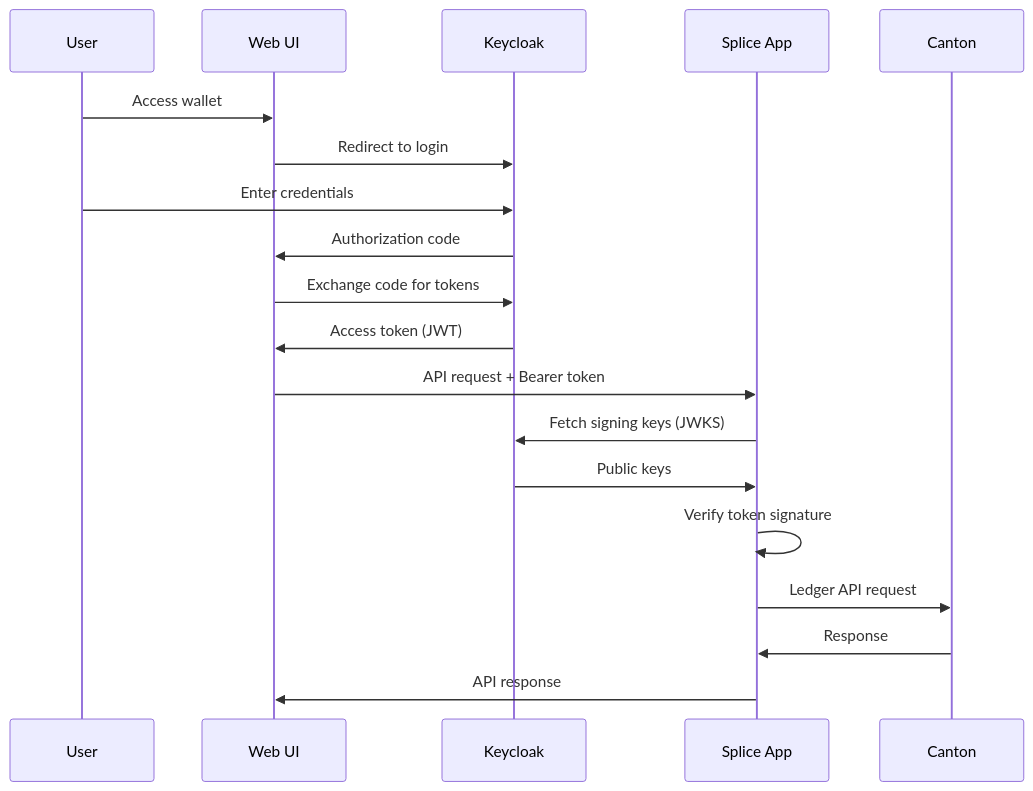
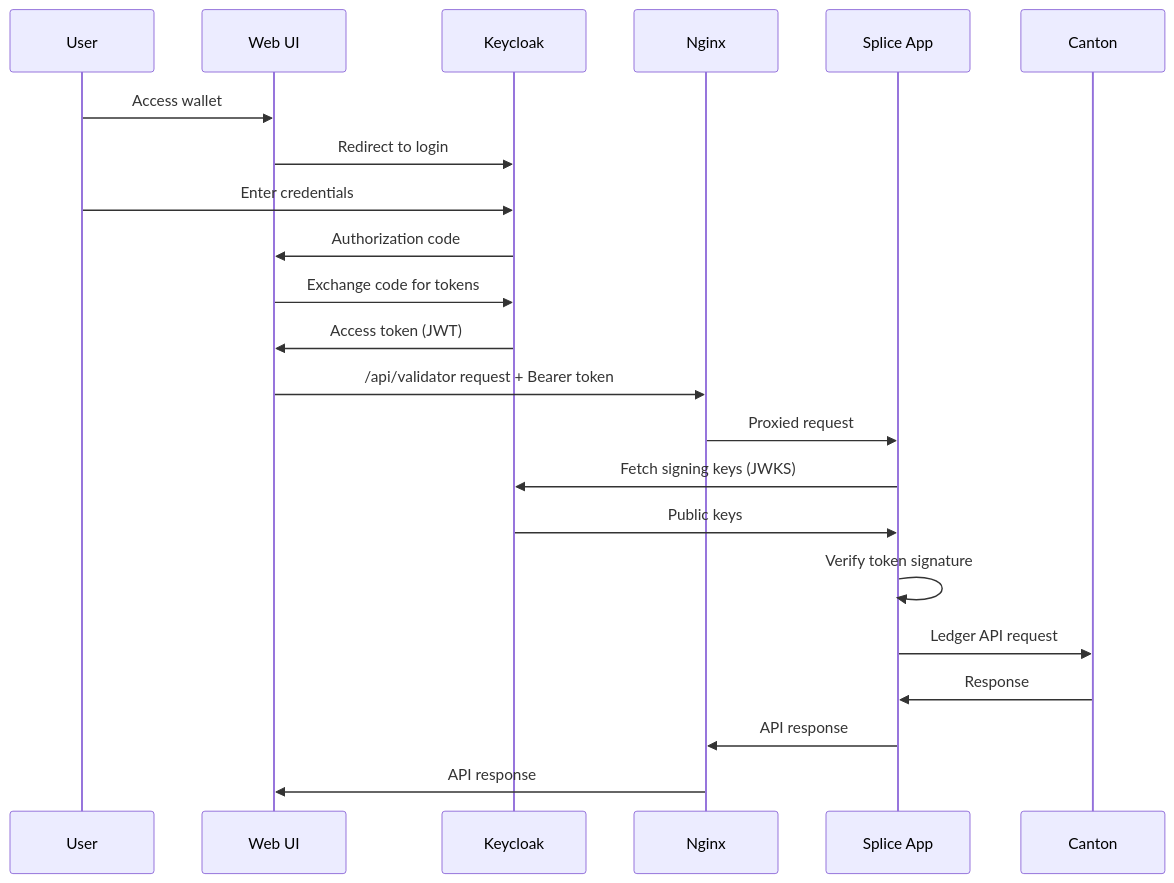
The second of 7 diagrams in site/src/content/docs/how-it-works/architecture.md (denex-io/denex-network-manager), drawn with Mermaid before and after one commit. The commit also changed other lines of this file, not shown here.

Commit message:
docs: correct the architecture page

````diff
--- a/site/src/content/docs/how-it-works/architecture.md
+++ b/site/src/content/docs/how-it-works/architecture.md
@@ -278,22 +287,25 @@
 ```mermaid
 sequenceDiagram
     participant User
     participant WebUI as Web UI
     participant Keycloak
+    participant Nginx
     participant Splice as Splice App
     participant Canton
     
     User->>WebUI: Access wallet
     WebUI->>Keycloak: Redirect to login
     User->>Keycloak: Enter credentials
     Keycloak->>WebUI: Authorization code
     WebUI->>Keycloak: Exchange code for tokens
     Keycloak->>WebUI: Access token (JWT)
-    WebUI->>Splice: API request + Bearer token
+    WebUI->>Nginx: /api/validator request + Bearer token
+    Nginx->>Splice: Proxied request
     Splice->>Keycloak: Fetch signing keys (JWKS)
     Keycloak->>Splice: Public keys
     Splice->>Splice: Verify token signature
     Splice->>Canton: Ledger API request
     Canton->>Splice: Response
-    Splice->>WebUI: API response
+    Splice->>Nginx: API response
+    Nginx->>WebUI: API response
 ```
````
